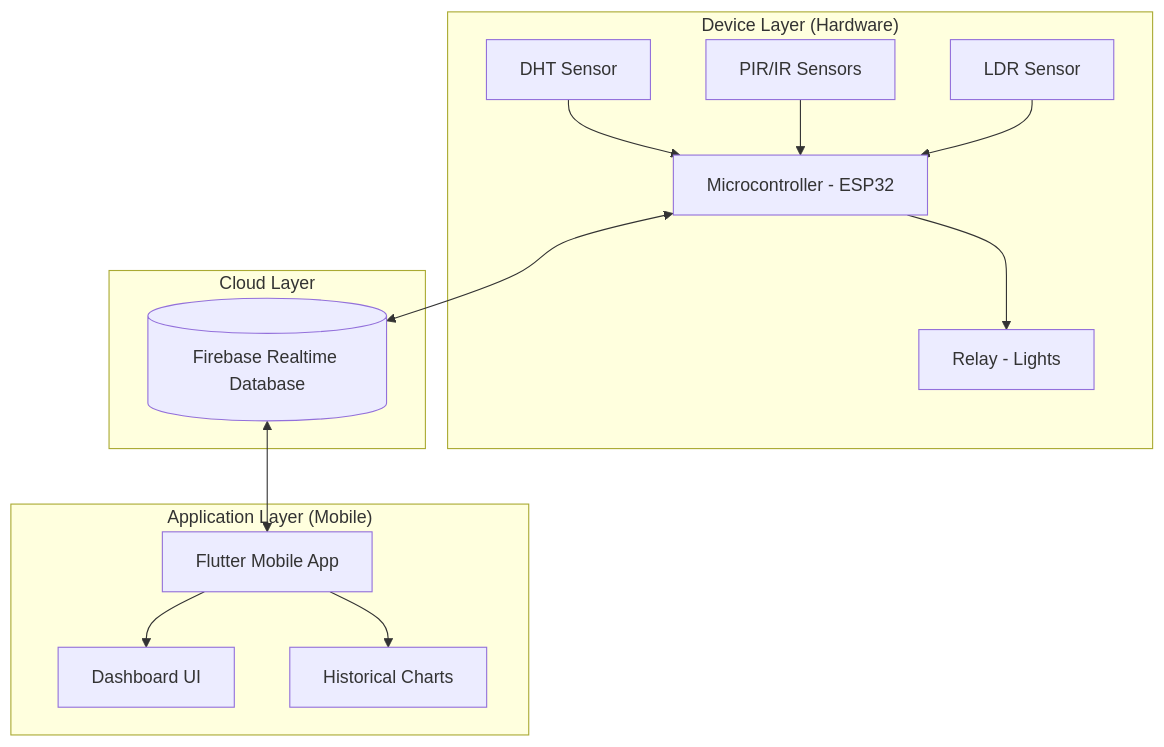
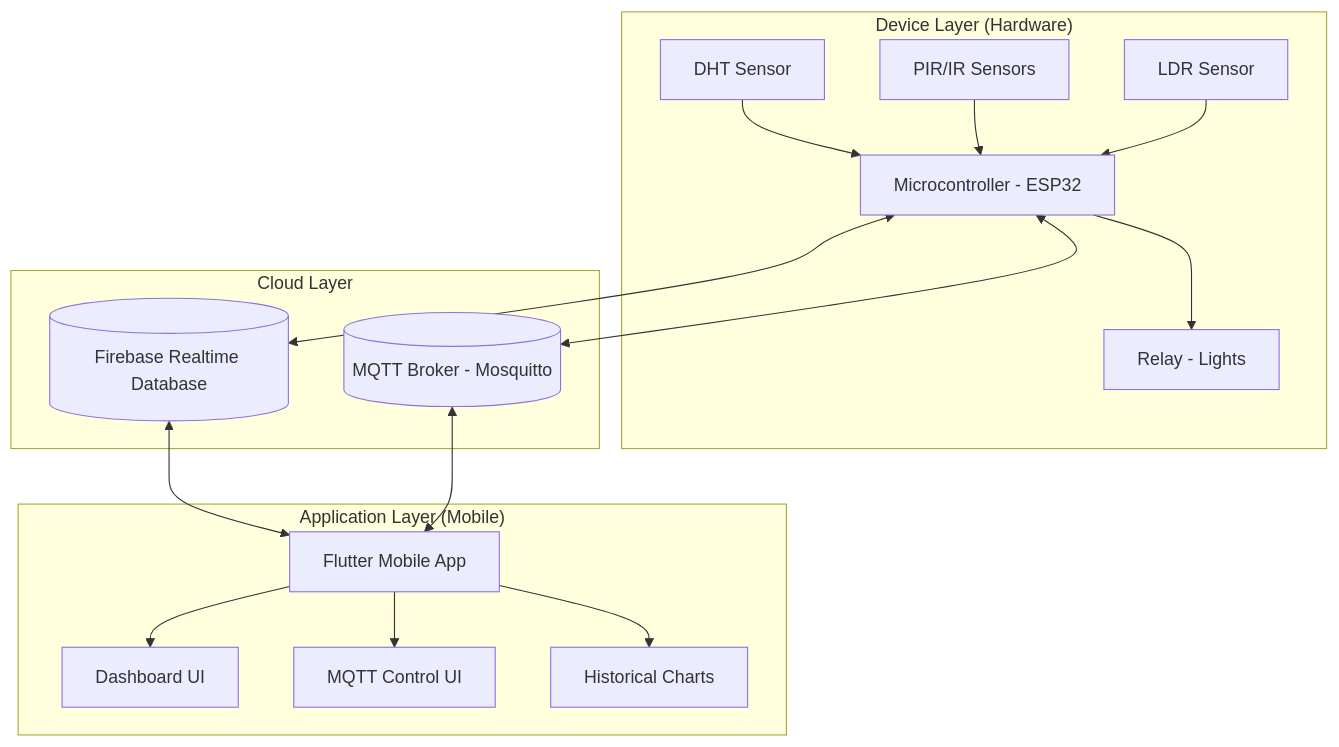
The diagram in Project_Report.md (AbdelmenamAdel/Smart-Classroom-IOT), drawn with Mermaid before and after one commit. The commit also changed other lines of this file and 7 other files, not shown here.

````diff
--- a/Project_Report.md
+++ b/Project_Report.md
@@ -62,19 +64,22 @@
 ```mermaid
 graph TD
     subgraph "Device Layer (Hardware)"
         S1[DHT Sensor] --> MCU[Microcontroller - ESP32]
         S2[PIR/IR Sensors] --> MCU
         S3[LDR Sensor] --> MCU
         MCU --> A1[Relay - Lights]
     end
 
     subgraph "Cloud Layer"
         MCU <--> FRD[(Firebase Realtime Database)]
+        MCU <--> MQB[(MQTT Broker - Mosquitto)]
     end
 
     subgraph "Application Layer (Mobile)"
         FRD <--> APP[Flutter Mobile App]
+        MQB <--> APP
         APP --> UI[Dashboard UI]
+        APP --> MQT[MQTT Control UI]
         APP --> CH[Historical Charts]
     end
 ```
````
